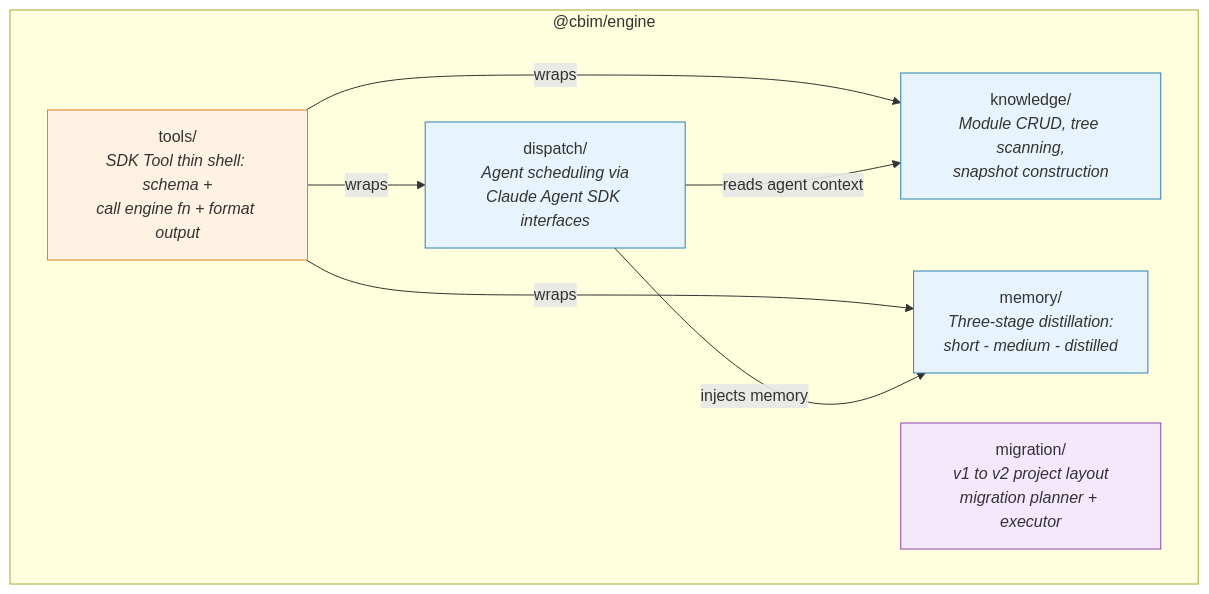
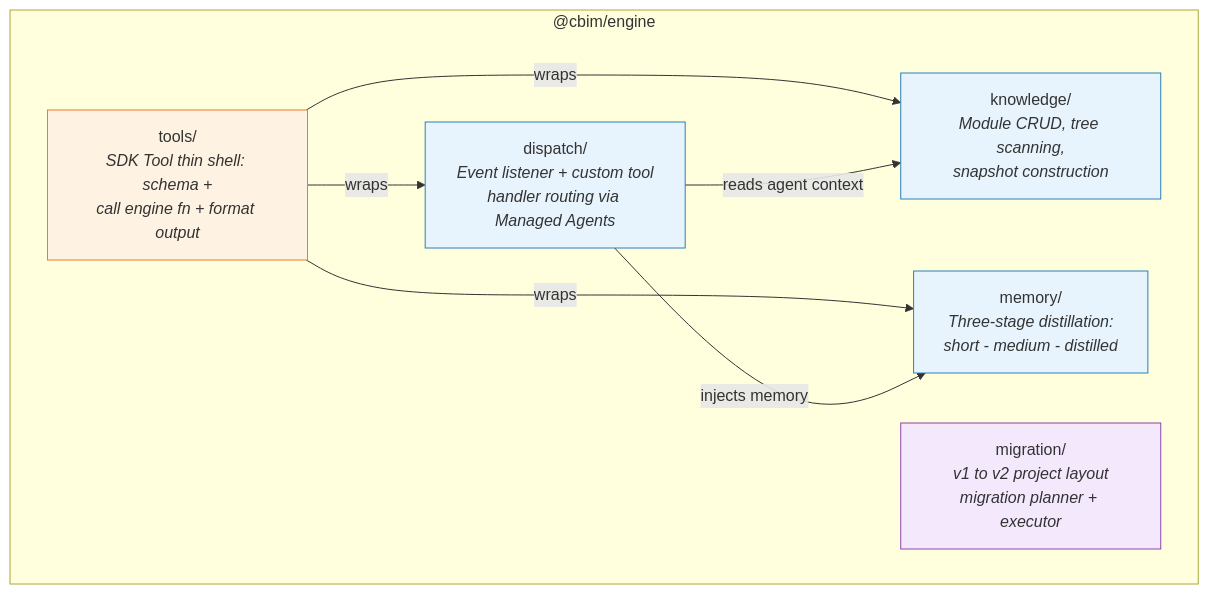
Before and after one commit to nan023062/agent-team-cc: the diagram in packages/engine/.dna/module.md, drawn with Mermaid. The commit also changed other lines of this file and 1 other file, not shown here.

````diff
--- a/packages/engine/.dna/module.md
+++ b/packages/engine/.dna/module.md
@@ -15,22 +15,22 @@
 ```mermaid
 graph TD
     subgraph engine ["@cbim/engine"]
         KNOWLEDGE["knowledge/<br/><i>Module CRUD, tree scanning,<br/>snapshot construction</i>"]
         MEMORY["memory/<br/><i>Three-stage distillation:<br/>short - medium - distilled</i>"]
-        DISPATCH["dispatch/<br/><i>Agent scheduling via<br/>Claude Agent SDK interfaces</i>"]
+        DISPATCH["dispatch/<br/><i>Event listener + custom tool<br/>handler routing via Managed Agents</i>"]
         MIGRATION["migration/<br/><i>v1 to v2 project layout<br/>migration planner + executor</i>"]
         TOOLS["tools/<br/><i>SDK Tool thin shell: schema +<br/>call engine fn + format output</i>"]
     end
 
     TOOLS -->|"wraps"| KNOWLEDGE
     TOOLS -->|"wraps"| MEMORY
     TOOLS -->|"wraps"| DISPATCH
     DISPATCH -->|"reads agent context"| KNOWLEDGE
     DISPATCH -->|"injects memory"| MEMORY
 
     style KNOWLEDGE fill:#e8f4fd,stroke:#2980b9
     style MEMORY fill:#e8f4fd,stroke:#2980b9
     style DISPATCH fill:#e8f4fd,stroke:#2980b9
     style MIGRATION fill:#f4e8fd,stroke:#8e44ad
     style TOOLS fill:#fef3e2,stroke:#e67e22
 ```
````
